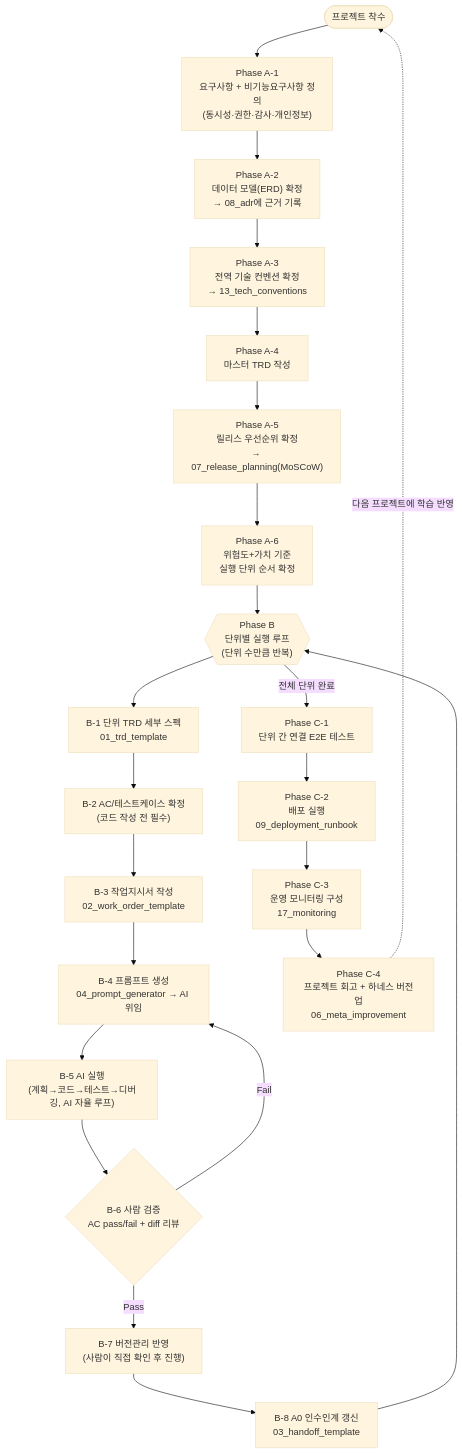
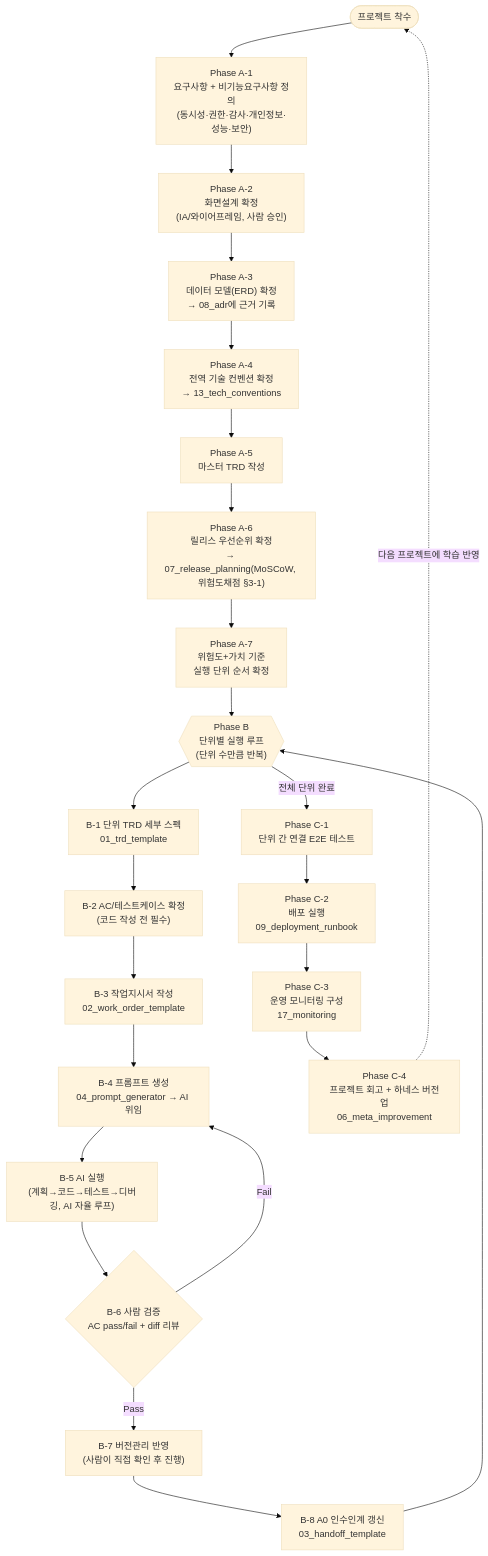
The second of 4 diagrams in harness/harness_structure_diagram.md (jcs19752510-ui/HARNESS_BASIC), drawn with Mermaid (base theme) before and after one commit. The commit also changed other lines of this file and 11 other files, not shown here.

````diff
--- a/harness/harness_structure_diagram.md
+++ b/harness/harness_structure_diagram.md
@@ -80,27 +80,28 @@
 ```mermaid
 flowchart TD
-    Start(["프로젝트 착수"]) --> A1["Phase A-1<br/>요구사항 + 비기능요구사항 정의<br/>(동시성·권한·감사·개인정보)"]
-    A1 --> A2["Phase A-2<br/>데이터 모델(ERD) 확정<br/>→ 08_adr에 근거 기록"]
-    A2 --> A3["Phase A-3<br/>전역 기술 컨벤션 확정<br/>→ 13_tech_conventions"]
-    A3 --> A4["Phase A-4<br/>마스터 TRD 작성"]
-    A4 --> A5["Phase A-5<br/>릴리스 우선순위 확정<br/>→ 07_release_planning(MoSCoW)"]
-    A5 --> A6["Phase A-6<br/>위험도+가치 기준<br/>실행 단위 순서 확정"]
+    Start(["프로젝트 착수"]) --> A1["Phase A-1<br/>요구사항 + 비기능요구사항 정의<br/>(동시성·권한·감사·개인정보·성능·보안)"]
+    A1 --> A2["Phase A-2<br/>화면설계 확정<br/>(IA/와이어프레임, 사람 승인)"]
+    A2 --> A3["Phase A-3<br/>데이터 모델(ERD) 확정<br/>→ 08_adr에 근거 기록"]
+    A3 --> A4["Phase A-4<br/>전역 기술 컨벤션 확정<br/>→ 13_tech_conventions"]
+    A4 --> A5["Phase A-5<br/>마스터 TRD 작성"]
+    A5 --> A6["Phase A-6<br/>릴리스 우선순위 확정<br/>→ 07_release_planning(MoSCoW, 위험도채점 §3-1)"]
+    A6 --> A7["Phase A-7<br/>위험도+가치 기준<br/>실행 단위 순서 확정"]
 
-    A6 --> Loop{{"Phase B<br/>단위별 실행 루프<br/>(단위 수만큼 반복)"}}
+    A7 --> Loop{{"Phase B<br/>단위별 실행 루프<br/>(단위 수만큼 반복)"}}
     Loop --> B1["B-1 단위 TRD 세부 스펙<br/>01_trd_template"]
     B1 --> B2["B-2 AC/테스트케이스 확정<br/>(코드 작성 전 필수)"]
     B2 --> B3["B-3 작업지시서 작성<br/>02_work_order_template"]
     B3 --> B4["B-4 프롬프트 생성<br/>04_prompt_generator → AI 위임"]
     B4 --> B5["B-5 AI 실행<br/>(계획→코드→테스트→디버깅, AI 자율 루프)"]
     B5 --> B6{"B-6 사람 검증<br/>AC pass/fail + diff 리뷰"}
     B6 -- Fail --> B4
     B6 -- Pass --> B7["B-7 버전관리 반영<br/>(사람이 직접 확인 후 진행)"]
     B7 --> B8["B-8 A0 인수인계 갱신<br/>03_handoff_template"]
     B8 --> Loop
 
     Loop -- "전체 단위 완료" --> C1["Phase C-1<br/>단위 간 연결 E2E 테스트"]
     C1 --> C2["Phase C-2<br/>배포 실행<br/>09_deployment_runbook"]
     C2 --> C3["Phase C-3<br/>운영 모니터링 구성<br/>17_monitoring"]
     C3 --> C4["Phase C-4<br/>프로젝트 회고 + 하네스 버전업<br/>06_meta_improvement"]
     C4 -.->|"다음 프로젝트에 학습 반영"| Start
 ```
````
